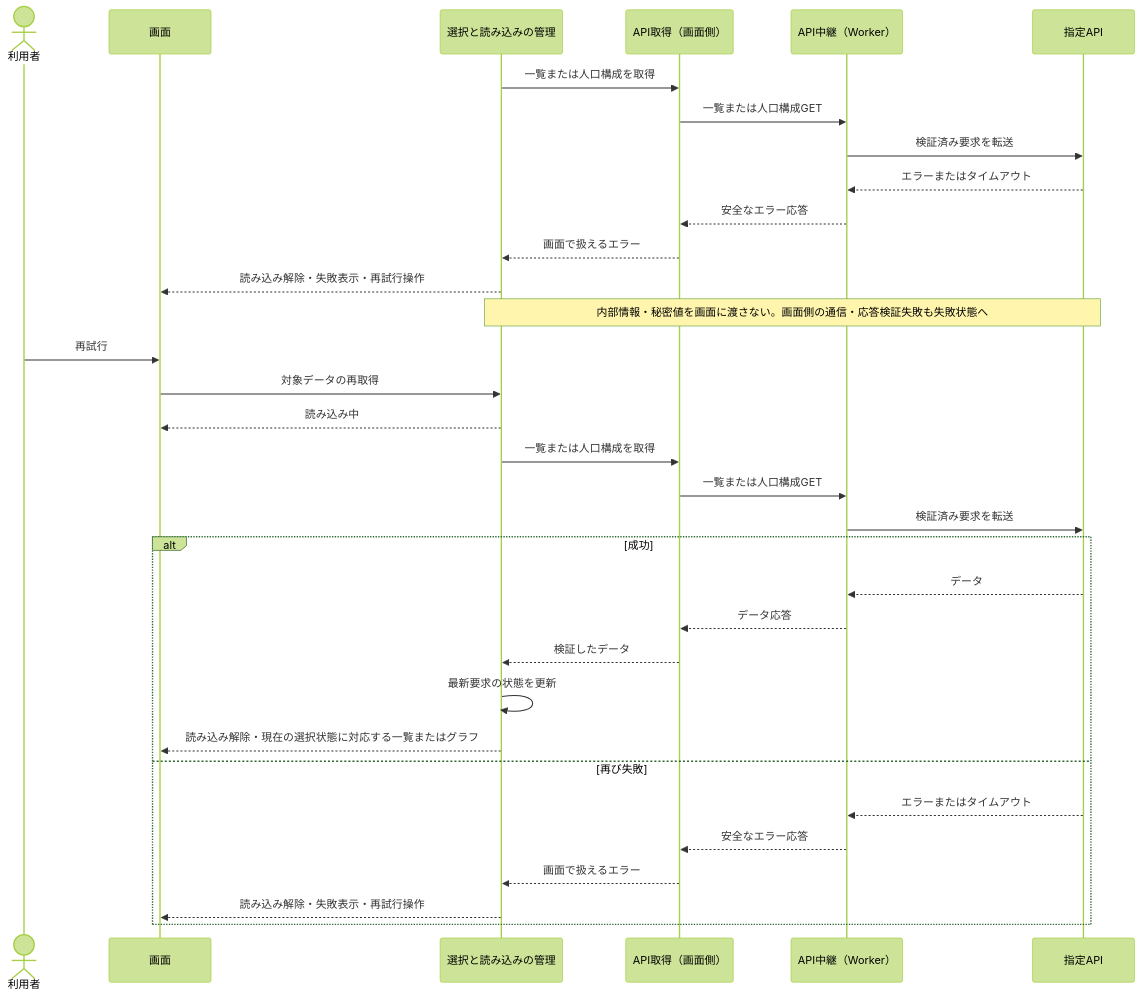
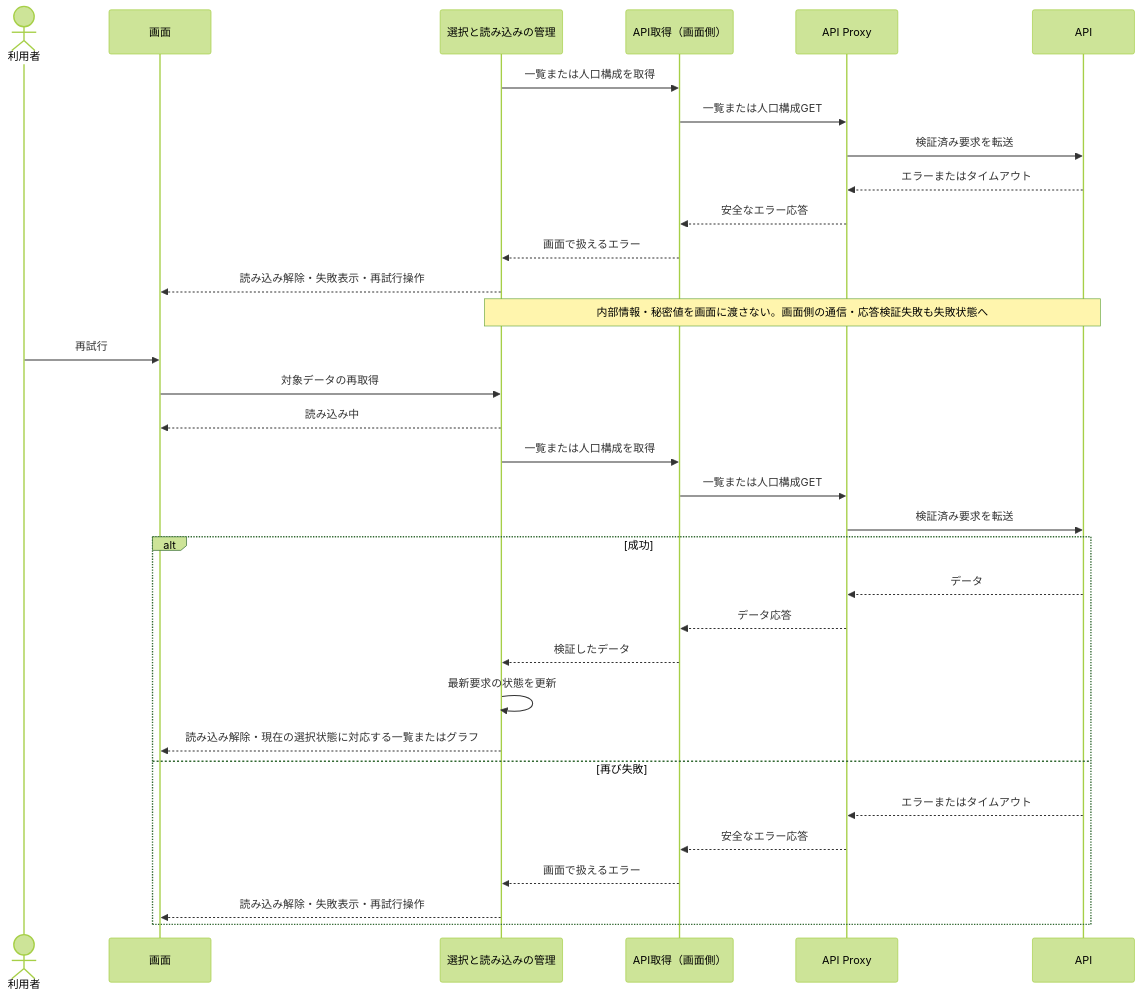
One commit to t2421/frontend-engineer-codecheck changed the fifth of 5 diagrams in docs/DESIGN.md. Above: the diagram before and after it, drawn with Mermaid (forest theme). The commit also changed other lines of this file, not shown here.

Commit message:
図と本文のAPI Proxy表記を統一

````diff
--- a/docs/DESIGN.md
+++ b/docs/DESIGN.md
@@ -131,35 +131,35 @@
 ```mermaid
 sequenceDiagram
   actor User as 利用者
   participant UI as 画面
   participant State as 選択と読み込みの管理
   participant Fetch as API取得（画面側）
-  participant Worker as API中継（Worker）
-  participant API as 指定API
+  participant Proxy as API Proxy
+  participant API as API
   State->>Fetch: 一覧または人口構成を取得
-  Fetch->>Worker: 一覧または人口構成GET
-  Worker->>API: 検証済み要求を転送
-  API-->>Worker: エラーまたはタイムアウト
-  Worker-->>Fetch: 安全なエラー応答
+  Fetch->>Proxy: 一覧または人口構成GET
+  Proxy->>API: 検証済み要求を転送
+  API-->>Proxy: エラーまたはタイムアウト
+  Proxy-->>Fetch: 安全なエラー応答
   Fetch-->>State: 画面で扱えるエラー
   State-->>UI: 読み込み解除・失敗表示・再試行操作
   Note over State,API: 内部情報・秘密値を画面に渡さない。画面側の通信・応答検証失敗も失敗状態へ
   User->>UI: 再試行
   UI->>State: 対象データの再取得
   State-->>UI: 読み込み中
   State->>Fetch: 一覧または人口構成を取得
-  Fetch->>Worker: 一覧または人口構成GET
-  Worker->>API: 検証済み要求を転送
+  Fetch->>Proxy: 一覧または人口構成GET
+  Proxy->>API: 検証済み要求を転送
   alt 成功
-    API-->>Worker: データ
-    Worker-->>Fetch: データ応答
+    API-->>Proxy: データ
+    Proxy-->>Fetch: データ応答
     Fetch-->>State: 検証したデータ
     State->>State: 最新要求の状態を更新
     State-->>UI: 読み込み解除・現在の選択状態に対応する一覧またはグラフ
   else 再び失敗
-    API-->>Worker: エラーまたはタイムアウト
-    Worker-->>Fetch: 安全なエラー応答
+    API-->>Proxy: エラーまたはタイムアウト
+    Proxy-->>Fetch: 安全なエラー応答
     Fetch-->>State: 画面で扱えるエラー
     State-->>UI: 読み込み解除・失敗表示・再試行操作
   end
 ```
````
